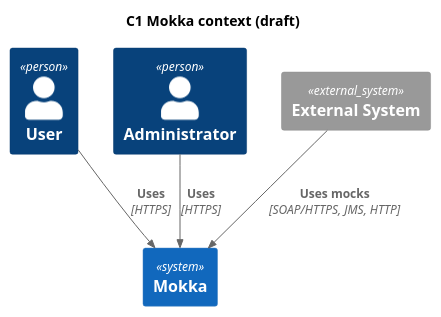
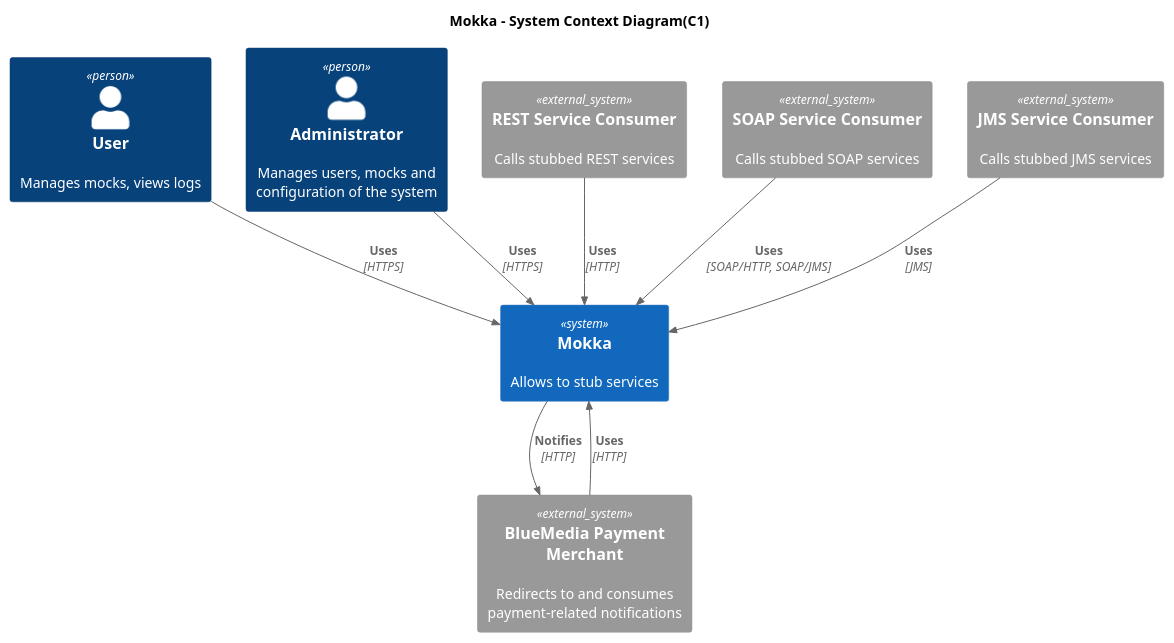
Before and after one commit to hycomsa/mokka: the diagram in doc/c4model/c1.puml, drawn with PlantUML. The commit also changed 2 other files, not shown here.

```diff
--- a/doc/c4model/c1.puml
+++ b/doc/c4model/c1.puml
@@ -1,15 +1,22 @@
 @startuml
 !includeurl https://raw.githubusercontent.com/RicardoNiepel/C4-PlantUML/release/1-0/C4_Context.puml
 
-title C1 Mokka context (draft)
+title Mokka - System Context Diagram(C1)
 
-Person(user, "User", "")
-Person(adm, "Administrator", "")
-System(mokka, "Mokka", "")
-System_Ext(externalSystem, "External System", "")
+Person(user, "User", "Manages mocks, views logs")
+Person(adm, "Administrator", "Manages users, mocks and configuration of the system")
+System(mokka, "Mokka", "Allows to stub services")
+System_Ext(restServiceConsumer, "REST Service Consumer", "Calls stubbed REST services")
+System_Ext(soapServiceConsumer, "SOAP Service Consumer", "Calls stubbed SOAP services")
+System_Ext(jmsServiceConsumer, "JMS Service Consumer", "Calls stubbed JMS services")
+System_Ext(paymentMerchant, "BlueMedia Payment Merchant", "Redirects to and consumes payment-related notifications")
 
 Rel(user, mokka, "Uses", "HTTPS")
 Rel(adm, mokka, "Uses", "HTTPS")
-Rel(externalSystem, mokka, "Uses mocks", "SOAP/HTTPS, JMS, HTTP")
+Rel(restServiceConsumer, mokka, "Uses", "HTTP")
+Rel(soapServiceConsumer, mokka, "Uses", "SOAP/HTTP, SOAP/JMS")
+Rel(jmsServiceConsumer, mokka, "Uses", "JMS")
+Rel(paymentMerchant, mokka, "Uses", "HTTP")
+Rel(mokka, paymentMerchant, "Notifies", "HTTP")
 
 @enduml
```
